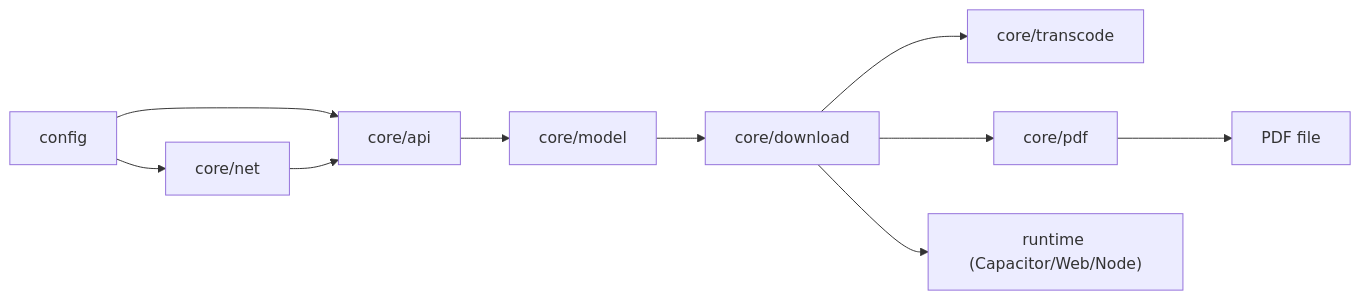
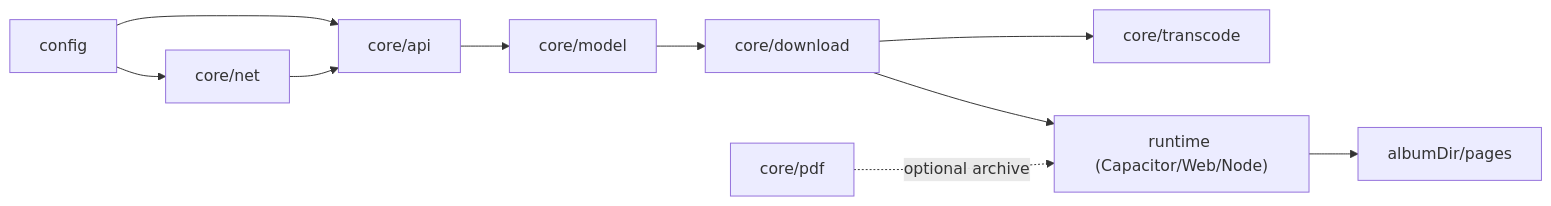
Before and after one commit to aDarkMaker/JMFM: the first of 2 diagrams in docs/en/architecture/overview.md, drawn with Mermaid. The commit also changed other lines of this file and 11 other files, not shown here.

Commit message:
docs: sync pages-only download repair and cover preload flows

````diff
--- a/docs/en/architecture/overview.md
+++ b/docs/en/architecture/overview.md
@@ -46,22 +46,22 @@
 ```mermaid
 flowchart LR
     cfg["config"]
     api["core/api"]
     net["core/net"]
     model["core/model"]
     trans["core/transcode"]
     dl["core/download"]
     pdf["core/pdf"]
     rnt["runtime (Capacitor/Web/Node)"]
-    out["PDF file"]
+    pagesOut["albumDir/pages"]
 
     cfg --> net
     cfg --> api
     net --> api
     api --> model
     model --> dl
     dl --> trans
-    dl --> pdf
     dl --> rnt
-    pdf --> out
+    rnt --> pagesOut
+    pdf -.->|"optional archive"| rnt
 ```
````
